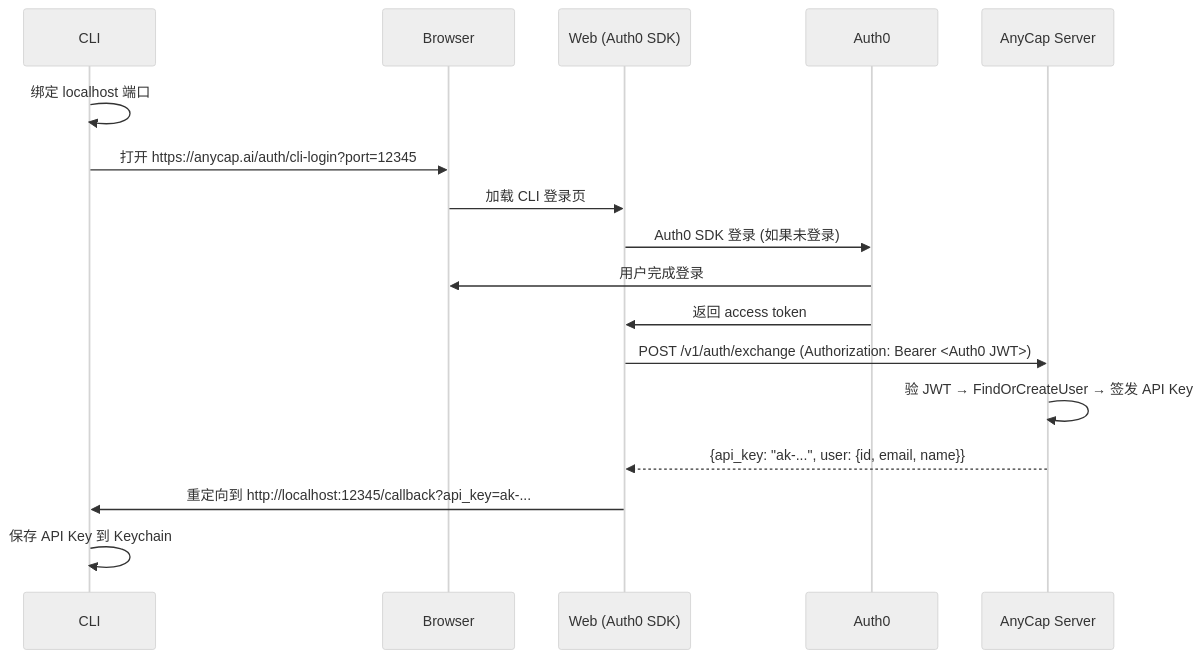
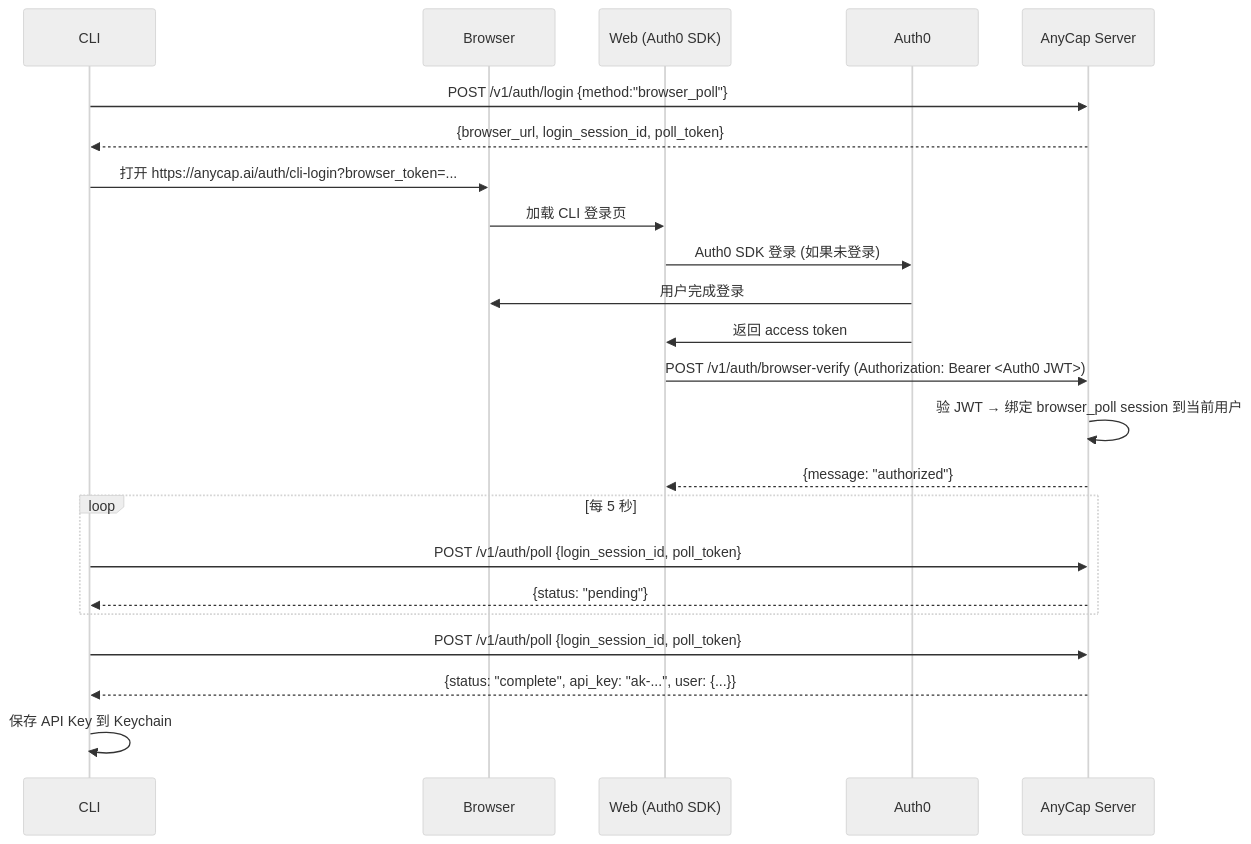
One commit to anycap-ai/anycap changed the second of 3 diagrams in docs/plans/2026-03-27-web-auth-security-hardening.md. Above: the diagram before and after it, drawn with Mermaid (neutral theme). The commit also changed other lines of this file and 31 other files, not shown here.

````diff
--- a/docs/plans/2026-03-27-web-auth-security-hardening.md
+++ b/docs/plans/2026-03-27-web-auth-security-hardening.md
@@ -99,23 +99,29 @@
 ```mermaid
 sequenceDiagram
     participant C as CLI
     participant B as Browser
     participant W as Web (Auth0 SDK)
     participant A as Auth0
     participant S as AnyCap Server
 
-    C->>C: 绑定 localhost 端口
-    C->>B: 打开 https://anycap.ai/auth/cli-login?port=12345
+    C->>S: POST /v1/auth/login {method:"browser_poll"}
+    S-->>C: {browser_url, login_session_id, poll_token}
+    C->>B: 打开 https://anycap.ai/auth/cli-login?browser_token=...
 
     B->>W: 加载 CLI 登录页
     W->>A: Auth0 SDK 登录 (如果未登录)
     A->>B: 用户完成登录
     A->>W: 返回 access token
 
-    W->>S: POST /v1/auth/exchange (Authorization: Bearer <Auth0 JWT>)
-    S->>S: 验 JWT → FindOrCreateUser → 签发 API Key
-    S-->>W: {api_key: "ak-...", user: {id, email, name}}
+    W->>S: POST /v1/auth/browser-verify (Authorization: Bearer <Auth0 JWT>)
+    S->>S: 验 JWT → 绑定 browser_poll session 到当前用户
+    S-->>W: {message: "authorized"}
 
-    W->>C: 重定向到 http://localhost:12345/callback?api_key=ak-...
+    loop 每 5 秒
+        C->>S: POST /v1/auth/poll {login_session_id, poll_token}
+        S-->>C: {status: "pending"}
+    end
+    C->>S: POST /v1/auth/poll {login_session_id, poll_token}
+    S-->>C: {status: "complete", api_key: "ak-...", user: {...}}
     C->>C: 保存 API Key 到 Keychain
 ```
````
